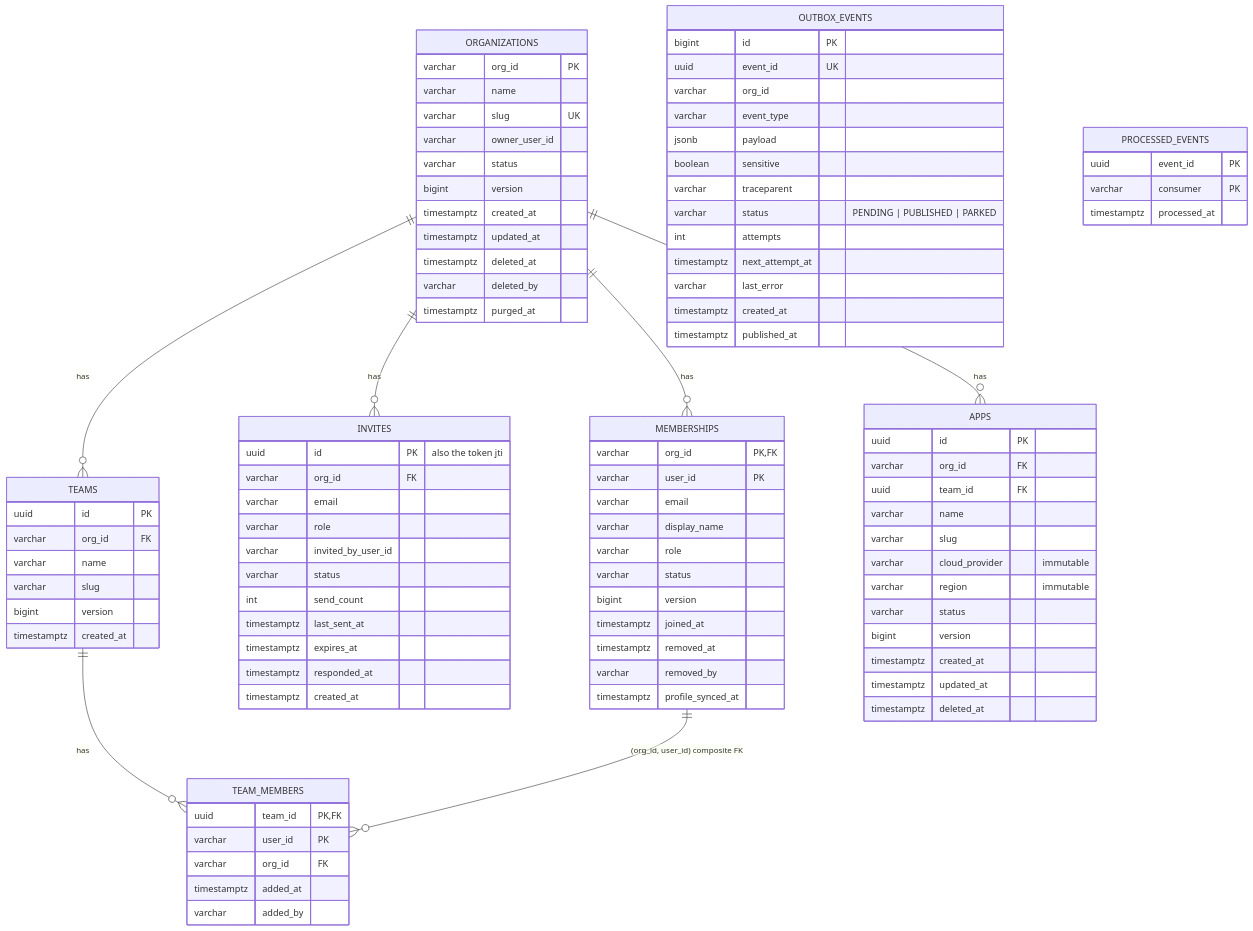
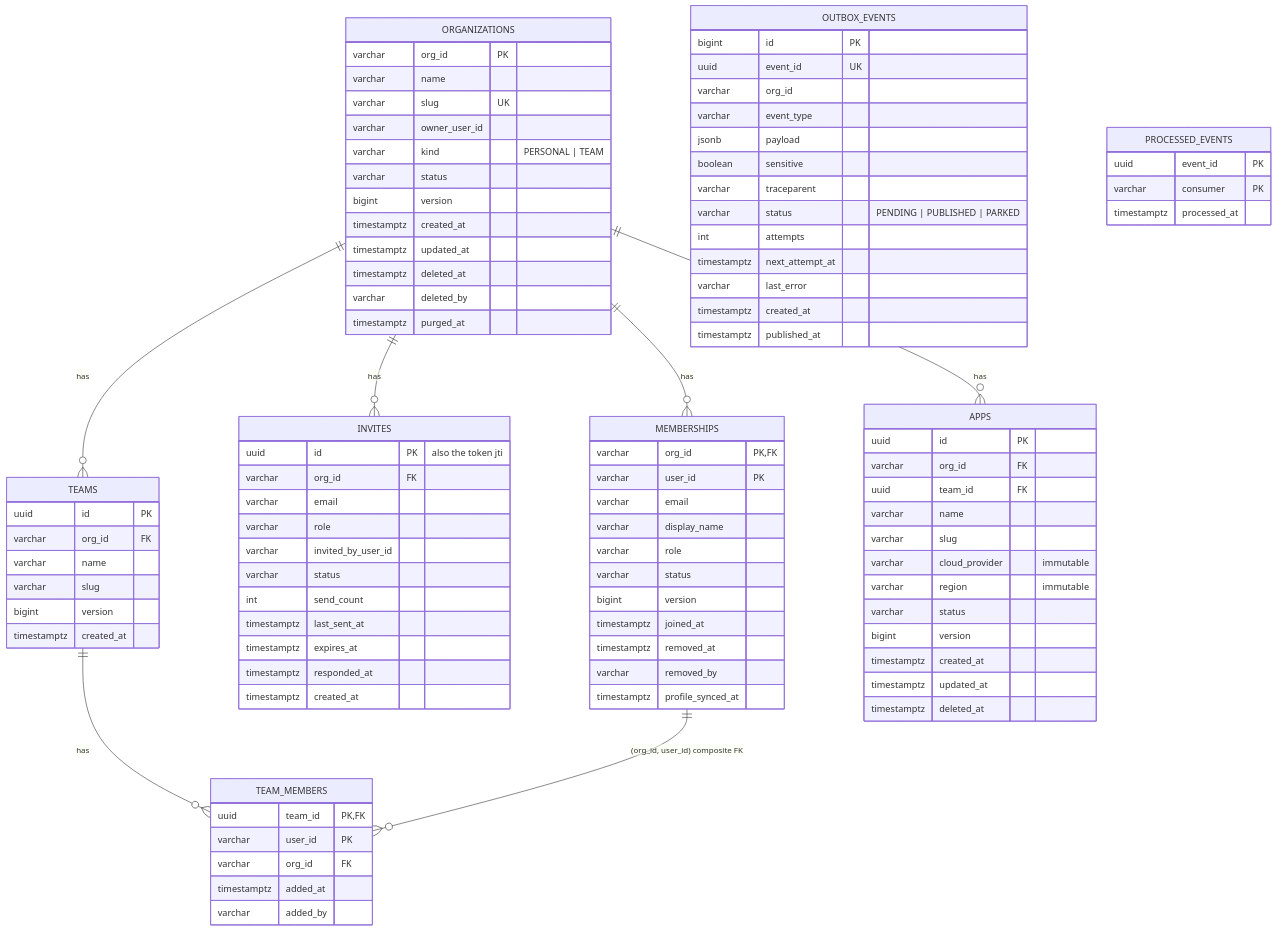
One commit to Wamitinewton/Pallet.io changed the third of 9 diagrams in docs/org-team-service/ARCHITECTURE.md. Above: the diagram before and after it, drawn with Mermaid. The commit also changed other lines of this file and 51 other files, not shown here.

```diff
--- a/docs/org-team-service/ARCHITECTURE.md
+++ b/docs/org-team-service/ARCHITECTURE.md
@@ -298,6 +314,7 @@
         varchar name
         varchar slug UK
         varchar owner_user_id
+        varchar kind "PERSONAL | TEAM"
         varchar status
         bigint version
         timestamptz created_at
```
